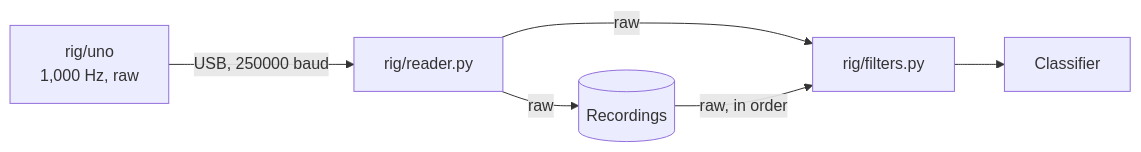
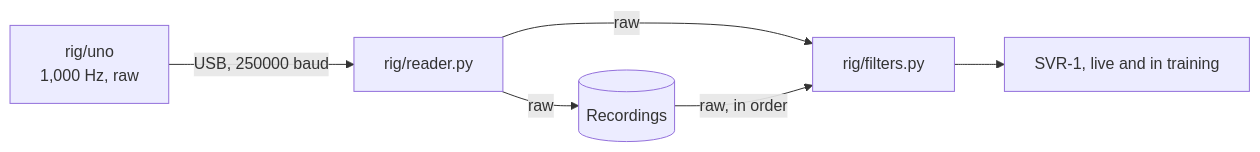
One commit to thaimtl/Reclaim changed the second of 2 diagrams in HARDWARE.md. Above: the diagram before and after it, drawn with Mermaid. The commit also changed other lines of this file and 100 other files, not shown here.

````diff
--- a/HARDWARE.md
+++ b/HARDWARE.md
@@ -76,8 +75,8 @@
 ```mermaid
 flowchart LR
     U[rig/uno<br/>1,000 Hz, raw] -->|USB, 250000 baud| R[rig/reader.py]
     R -->|raw| D[(Recordings)]
     R -->|raw| F[rig/filters.py]
     D -->|raw, in order| F
-    F --> C[Classifier]
+    F --> C[SVR-1, live and in training]
 ```
````
